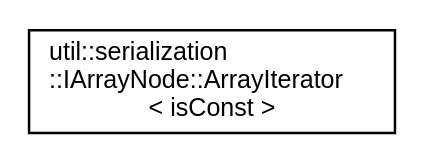
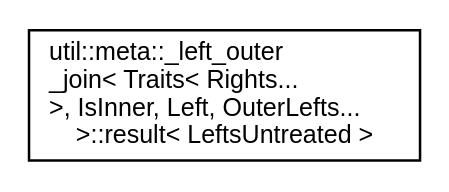
One commit to AndreasLrx/ecstasy changed the diagram in inherit_graph_77.dot. Above: the diagram before and after it, drawn with Graphviz. The commit also changed 604 other files, not shown here.

```diff
--- a/inherit_graph_77.dot
+++ b/inherit_graph_77.dot
@@ -1,8 +1,8 @@
 digraph "Graphical Class Hierarchy"
 {
  // LATEX_PDF_SIZE
   edge [fontname="Helvetica",fontsize="10",labelfontname="Helvetica",labelfontsize="10"];
   node [fontname="Helvetica",fontsize="10",shape=record];
   rankdir="LR";
-  Node0 [label="util::serialization\l::IArrayNode::ArrayIterator\l\< isConst \>",height=0.2,width=0.4,color="black", fillcolor="white", style="filled",URL="$classutil_1_1serialization_1_1_i_array_node_1_1_array_iterator.html",tooltip="Abstract Array Iterator."];
+  Node0 [label="util::meta::_left_outer\l_join\< Traits\< Rights...\l \>, IsInner, Left, OuterLefts...\l \>::result\< LeftsUntreated \>",height=0.2,width=0.4,color="black", fillcolor="white", style="filled",URL="$structutil_1_1meta_1_1__left__outer__join_3_01_traits_3_01_rights_8_8_8_01_4_00_01_is_inner_00_0976b977fc3db4c0d2dc93c5d53c35a08.html",tooltip="Resulting type of the outer join."];
 }
```
